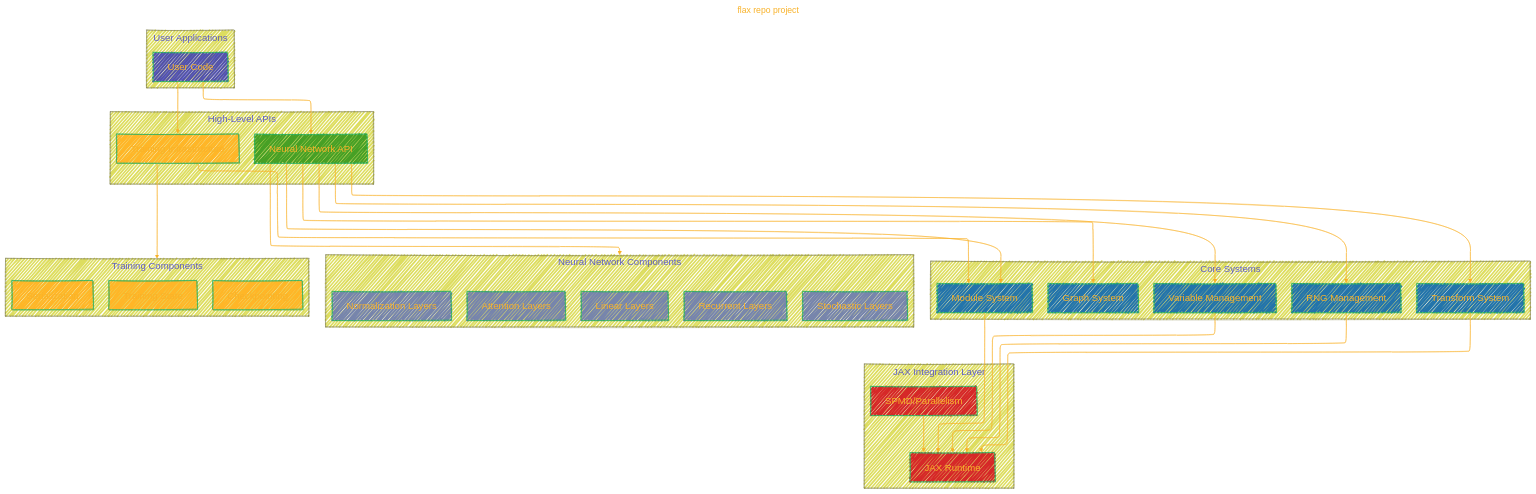
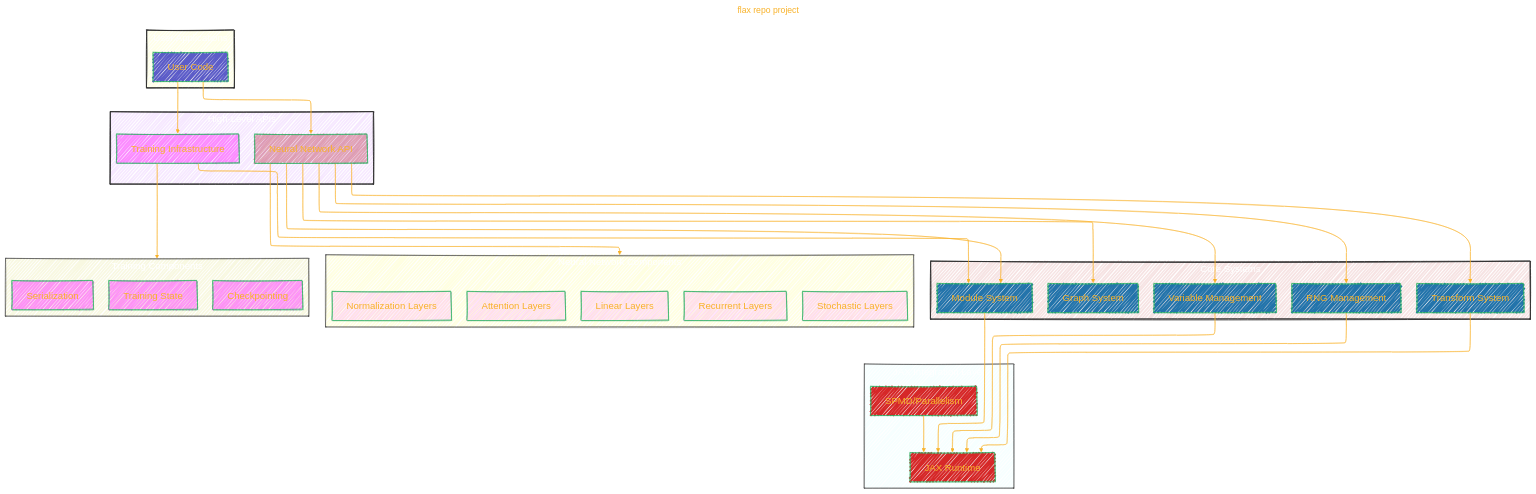
The first of 2 diagrams in GOOGLE/flax.md (CongLeSolutionX/ArchExplorer), drawn with Mermaid before and after one commit.

Commit message:
update notes

```diff
--- a/GOOGLE/flax.md
+++ b/GOOGLE/flax.md
@@ -75,15 +75,18 @@
 flowchart TB
     %% Main Layers
     subgraph User["User Applications"]
-        UA[User Code]
+    style User fill:#FF52,stroke:#333,stroke-width:2px, color: #FFFF
+      UA[User Code]
     end
 
     subgraph HighLevel["High-Level APIs"]
+    style HighLevel fill:#B5F2,stroke:#333,stroke-width:2px, color: #FFFF
         NNX["Neural Network API"]:::api
         Training["Training Infrastructure"]:::training
     end
 
     subgraph Core["Core Systems"]
+    style Core fill:#B332,stroke:#333,stroke-width:2px, color: #FFFF
         ModSys["Module System"]:::core
         VarMgmt["Variable Management"]:::core
         RNGMgmt["RNG Management"]:::core
@@ -92,12 +95,14 @@
     end
 
     subgraph JAXLayer["JAX Integration Layer"]
+    style JAXLayer fill:#BFF2,stroke:#333,stroke-width:1px, color: #FFFF
         JAX["JAX Runtime"]:::jax
         SPMD["SPMD/Parallelism"]:::jax
     end
 
     %% Neural Network Components
     subgraph NeuralComponents["Neural Network Components"]
+    style NeuralComponents fill:#FF22,stroke:#333,stroke-width:1px, color: #FFFF
         Attention["Attention Layers"]:::nn
         Linear["Linear Layers"]:::nn
         Norm["Normalization Layers"]:::nn
@@ -107,6 +112,7 @@
 
     %% Training Components
     subgraph TrainingComponents["Training Components"]
+    style TrainingComponents fill:#CC22,stroke:#333,stroke-width:1px, color: #FFFF
         TrainState["Training State"]:::training
         Checkpoint["Checkpointing"]:::training
         Serial["Serialization"]:::training
@@ -134,9 +140,9 @@
 
     %% Styles
     classDef core fill:#2374ab
-    classDef api fill:#47a025
-    classDef training fill:#ffb627
-    classDef nn fill:#7785ac
+    classDef api fill:#a025
+    classDef training fill:#f2F7
+    classDef nn fill:#F2F2
     classDef jax fill:#d62828
 
     %% Click Events
```
